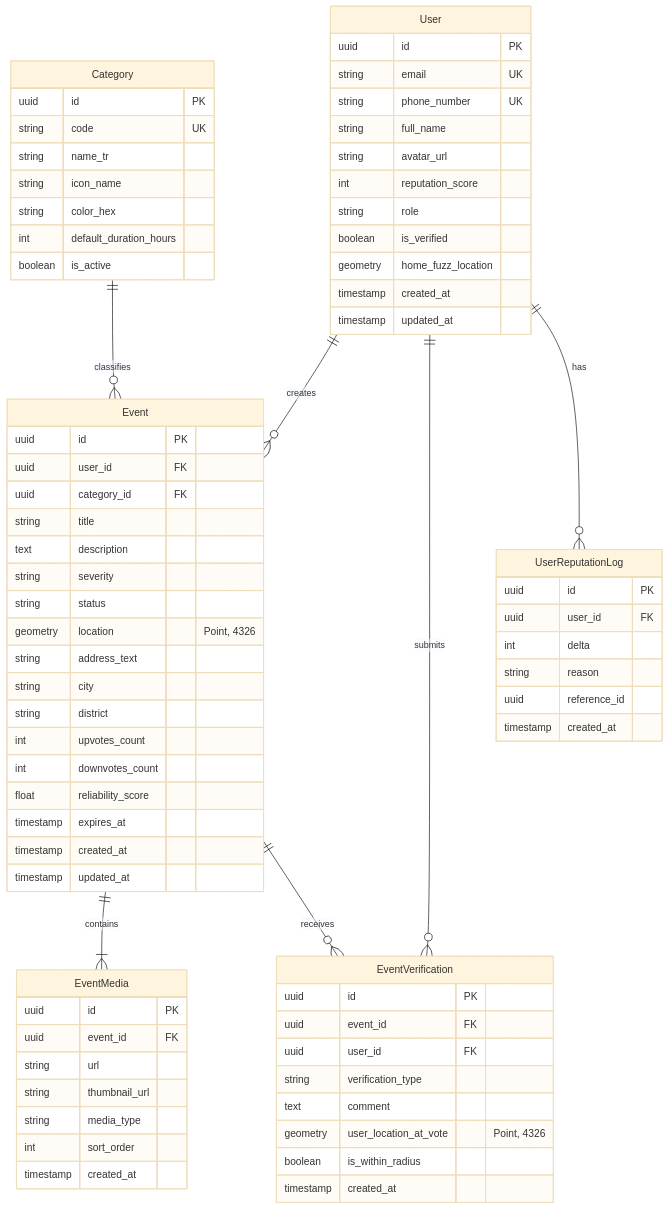
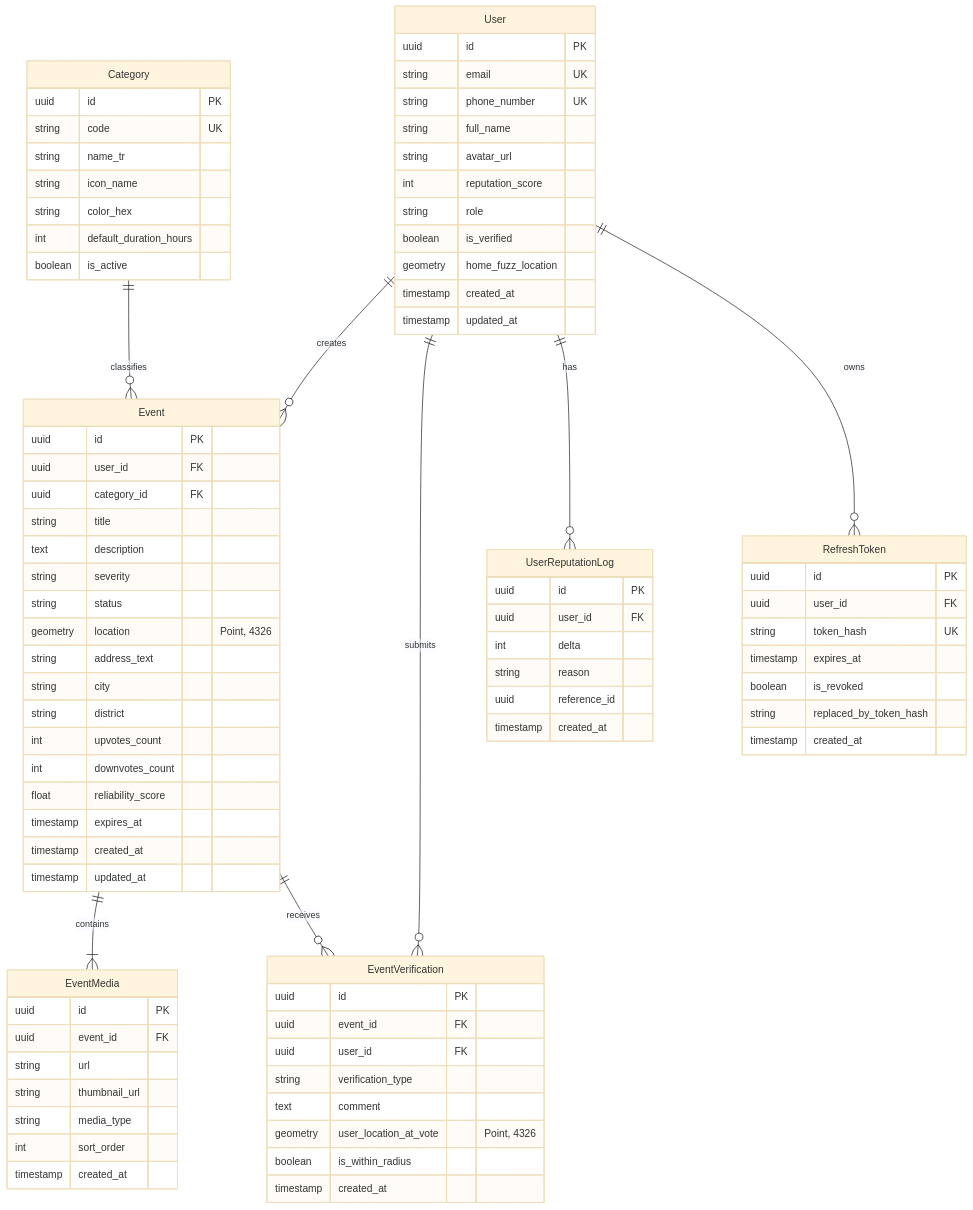
One commit to ErdemYy/sehir-nabiz changed the diagram in docs/architecture/DATA_MODELS.md. Above: the diagram before and after it, drawn with Mermaid (base theme). The commit also changed 51 other files, not shown here.

```diff
--- a/docs/architecture/DATA_MODELS.md
+++ b/docs/architecture/DATA_MODELS.md
@@ -11,9 +11,20 @@
     User ||--o{ Event : creates
     User ||--o{ EventVerification : submits
     User ||--o{ UserReputationLog : has
+    User ||--o{ RefreshToken : owns
     Event ||--|{ EventMedia : contains
     Event ||--o{ EventVerification : receives
     Category ||--o{ Event : classifies
+
+    RefreshToken {
+        uuid id PK
+        uuid user_id FK
+        string token_hash UK
+        timestamp expires_at
+        boolean is_revoked
+        string replaced_by_token_hash
+        timestamp created_at
+    }
 
     User {
         uuid id PK
```
